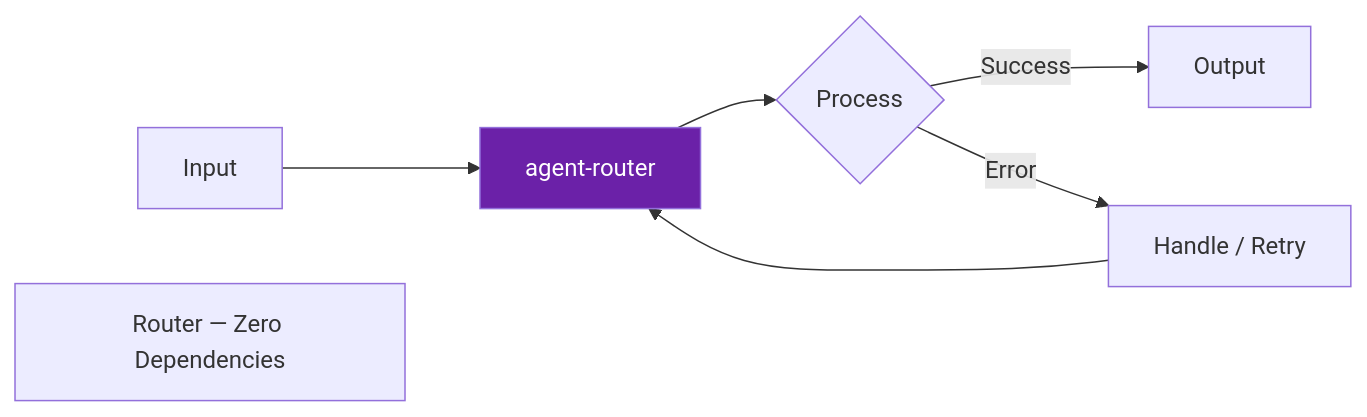
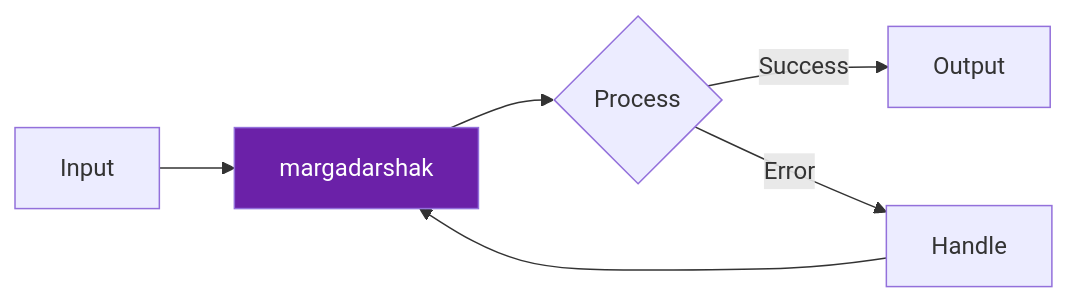
Before and after one commit to darshjme/margadarshak: the diagram in README.md, drawn with Mermaid. The commit also changed other lines of this file and 1 other file, not shown here.

First line of the commit message:
feat(vedic-v3): rename to margadarshak (मार्गदर्शक)

````diff
--- a/README.md
+++ b/README.md
@@ -48,10 +39,9 @@
 ```mermaid
 flowchart LR
-    A[Input] --> B[agent-router]
+    A[Input] --> B[margadarshak]
     B --> C{Process}
     C -- Success --> D[Output]
-    C -- Error --> E[Handle / Retry]
+    C -- Error --> E[Handle]
     E --> B
     style B fill:#6b21a8,color:#fff
-    note["Router — Zero Dependencies"]
 ```
````
